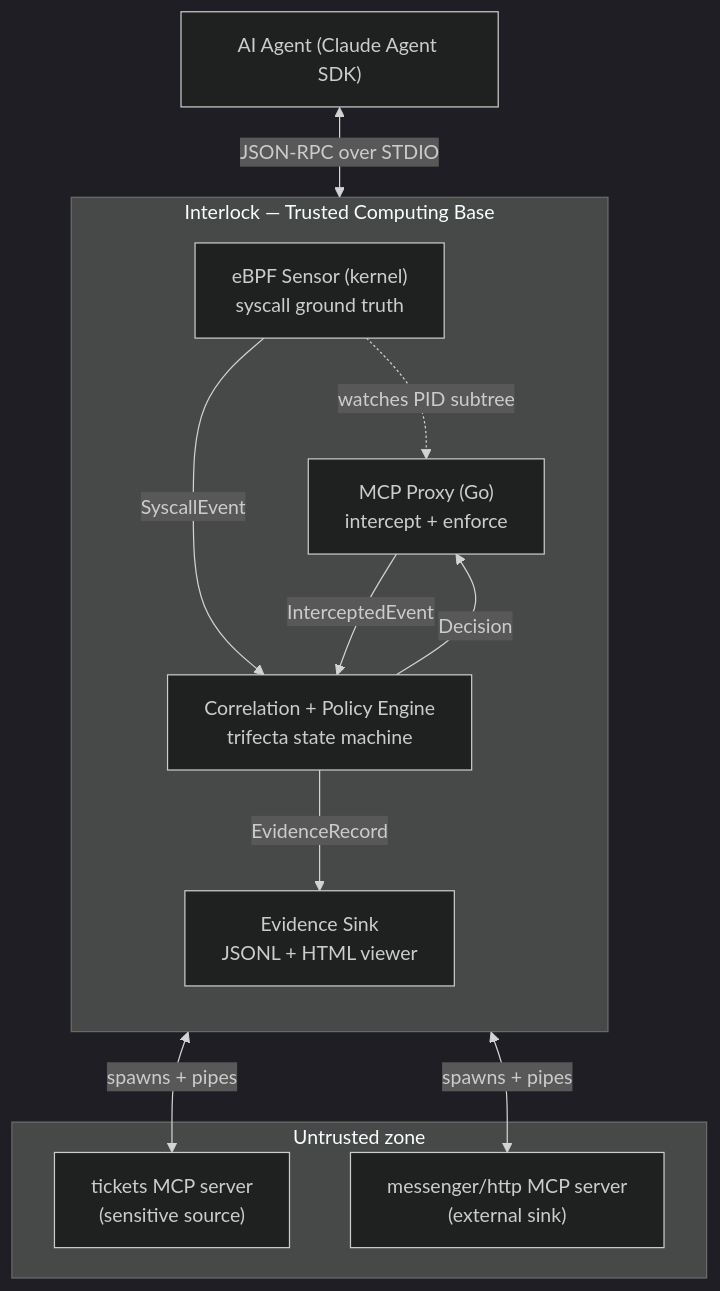
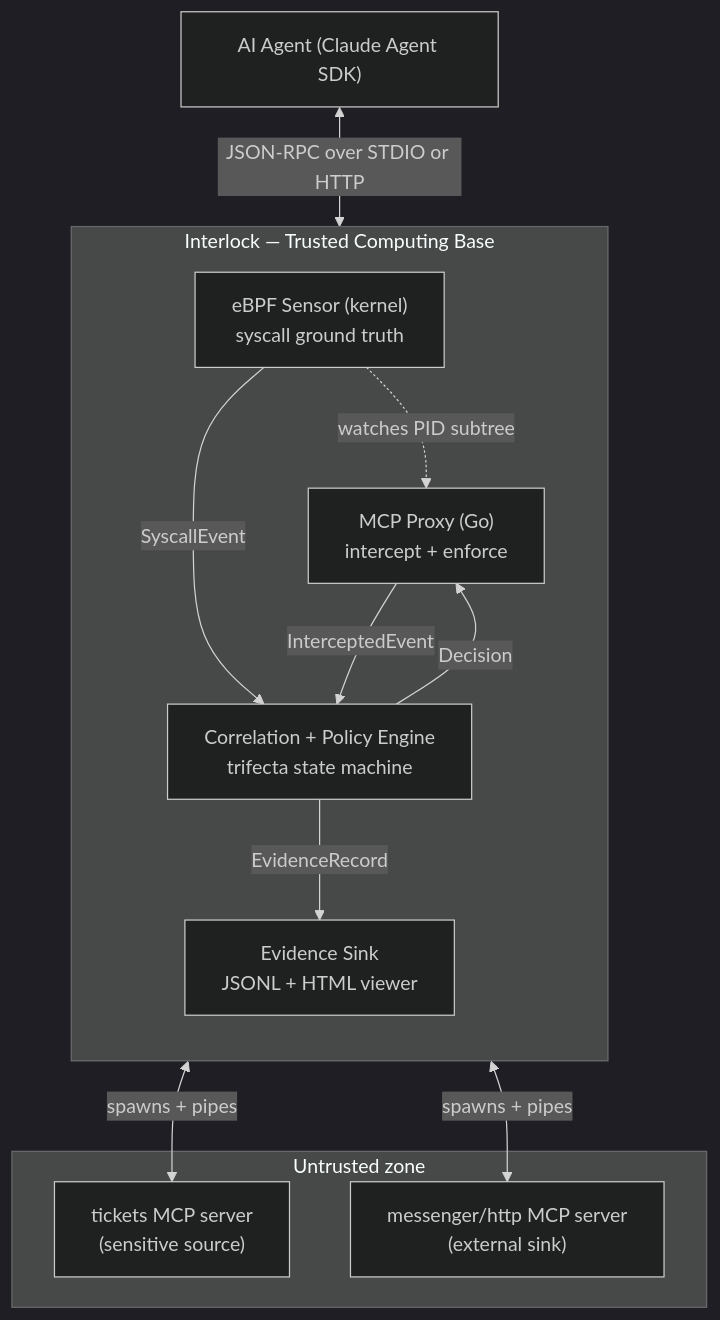
The diagram in docs/architecture.md (yxshwanth/Interlock), drawn with Mermaid (dark theme) before and after one commit. The commit also changed other lines of this file and 20 other files, not shown here.

````diff
--- a/docs/architecture.md
+++ b/docs/architecture.md
@@ -15,26 +15,26 @@
 ```mermaid
 flowchart TB
     Agent["AI Agent (Claude Agent SDK)"]
 
     subgraph TCB["Interlock — Trusted Computing Base"]
       direction TB
       Proxy["MCP Proxy (Go)\nintercept + enforce"]
       Engine["Correlation + Policy Engine\ntrifecta state machine"]
       eBPF["eBPF Sensor (kernel)\nsyscall ground truth"]
       Sink["Evidence Sink\nJSONL + HTML viewer"]
     end
 
     subgraph Untrusted["Untrusted zone"]
       T["tickets MCP server\n(sensitive source)"]
       M["messenger/http MCP server\n(external sink)"]
     end
 
-    Agent <-->|JSON-RPC over STDIO| Proxy
+    Agent <-->|JSON-RPC over STDIO or HTTP| Proxy
     Proxy <-->|spawns + pipes| T
     Proxy <-->|spawns + pipes| M
     Proxy -->|InterceptedEvent| Engine
     eBPF -->|SyscallEvent| Engine
     eBPF -. watches PID subtree .-> Proxy
     Engine -->|Decision| Proxy
     Engine -->|EvidenceRecord| Sink
 ```
````
